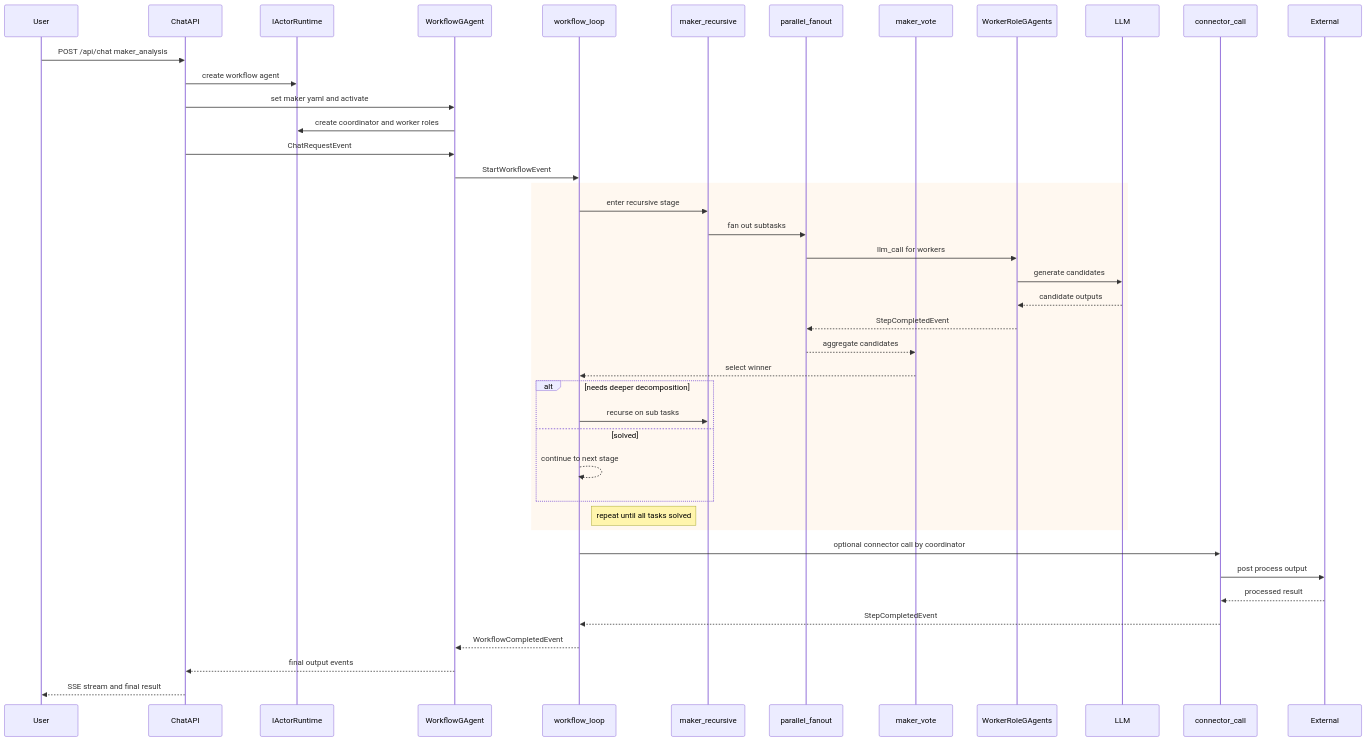
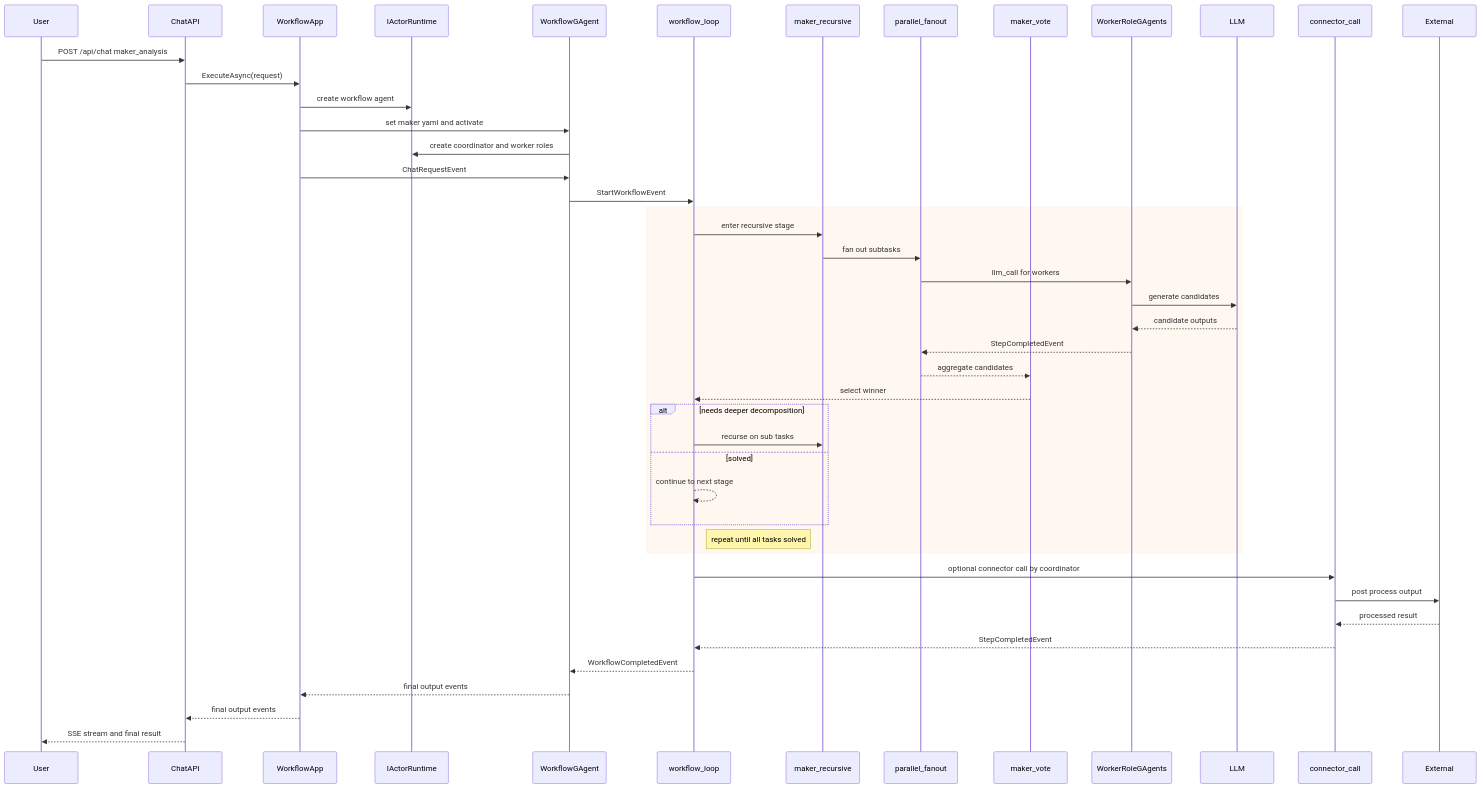
The third of 3 diagrams in README.md (aevatarAI/aevatar), drawn with Mermaid before and after one commit. The commit also changed other lines of this file and 5 other files, not shown here.

````diff
--- a/README.md
+++ b/README.md
@@ -171,48 +179,51 @@
 ```mermaid
 sequenceDiagram
     participant User
     participant API as ChatAPI
+    participant App as WorkflowApp
     participant Runtime as IActorRuntime
     participant Workflow as WorkflowGAgent
     participant Engine as workflow_loop
     participant Recursive as maker_recursive
     participant Parallel as parallel_fanout
     participant Vote as maker_vote
     participant Workers as WorkerRoleGAgents
     participant LLM
     participant Post as connector_call
     participant External
 
     User->>API: POST /api/chat maker_analysis
-    API->>Runtime: create workflow agent
-    API->>Workflow: set maker yaml and activate
+    API->>App: ExecuteAsync(request)
+    App->>Runtime: create workflow agent
+    App->>Workflow: set maker yaml and activate
     Workflow->>Runtime: create coordinator and worker roles
-    API->>Workflow: ChatRequestEvent
+    App->>Workflow: ChatRequestEvent
     Workflow->>Engine: StartWorkflowEvent
 
     rect rgb(255, 248, 240)
         Engine->>Recursive: enter recursive stage
         Recursive->>Parallel: fan out subtasks
         Parallel->>Workers: llm_call for workers
         Workers->>LLM: generate candidates
         LLM-->>Workers: candidate outputs
         Workers-->>Parallel: StepCompletedEvent
         Parallel-->>Vote: aggregate candidates
         Vote-->>Engine: select winner
         alt needs deeper decomposition
             Engine->>Recursive: recurse on sub tasks
         else solved
             Engine-->>Engine: continue to next stage
         end
         Note right of Engine: repeat until all tasks solved
     end
 
     Engine->>Post: optional connector call by coordinator
     Post->>External: post process output
     External-->>Post: processed result
     Post-->>Engine: StepCompletedEvent
 
     Engine-->>Workflow: WorkflowCompletedEvent
-    Workflow-->>API: final output events
+    Workflow-->>App: final output events
+    App-->>API: final output events
     API-->>User: SSE stream and final result
 ```
````
